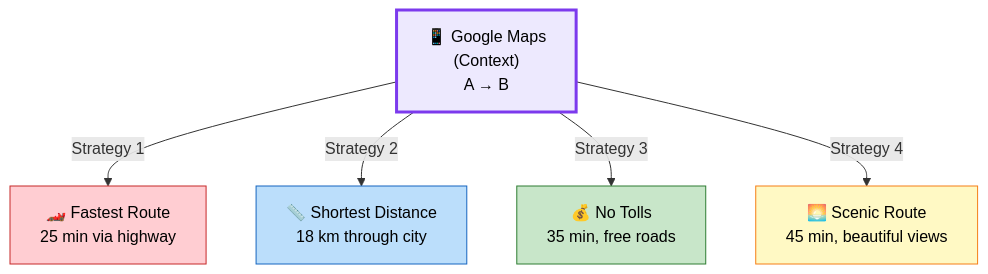
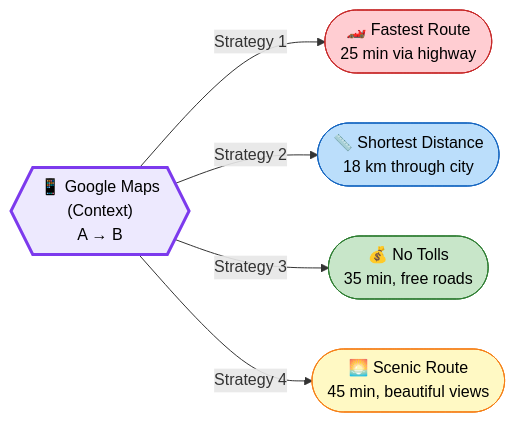
Before and after one commit to saivamsikaruturi/vamsilabs-dev-notes-main: the first of 3 diagrams in docs/designpatterns/behaviouralDesignPatterns/StrategyDp.md, drawn with Mermaid. The commit also changed other lines of this file and 146 other files, not shown here.

Commit message:
Horizontal diagrams, UML class diagrams, typography overhaul, and permalink cleanup

````diff
--- a/docs/designpatterns/behaviouralDesignPatterns/StrategyDp.md
+++ b/docs/designpatterns/behaviouralDesignPatterns/StrategyDp.md
@@ -12,14 +12,14 @@
 ```mermaid
-flowchart TD
-    GPS["📱 Google Maps<br/>(Context)<br/>A → B"]
-    GPS -->|Strategy 1| F["🏎️ Fastest Route<br/>25 min via highway"]
-    GPS -->|Strategy 2| S["📏 Shortest Distance<br/>18 km through city"]
-    GPS -->|Strategy 3| T["💰 No Tolls<br/>35 min, free roads"]
-    GPS -->|Strategy 4| SC["🌅 Scenic Route<br/>45 min, beautiful views"]
+flowchart LR
+    GPS{{"📱 Google Maps<br/>(Context)<br/>A → B"}}
+    GPS -->|Strategy 1| F(["🏎️ Fastest Route<br/>25 min via highway"])
+    GPS -->|Strategy 2| S(["📏 Shortest Distance<br/>18 km through city"])
+    GPS -->|Strategy 3| T(["💰 No Tolls<br/>35 min, free roads"])
+    GPS -->|Strategy 4| SC(["🌅 Scenic Route<br/>45 min, beautiful views"])
     
     style GPS fill:#EDE9FE,stroke:#7C3AED,stroke-width:3px,color:#000
     style F fill:#FFCDD2,stroke:#C62828,color:#000
     style S fill:#BBDEFB,stroke:#1565C0,color:#000
     style T fill:#C8E6C9,stroke:#2E7D32,color:#000
     style SC fill:#FFF9C4,stroke:#F57F17,color:#000
 ```
````
